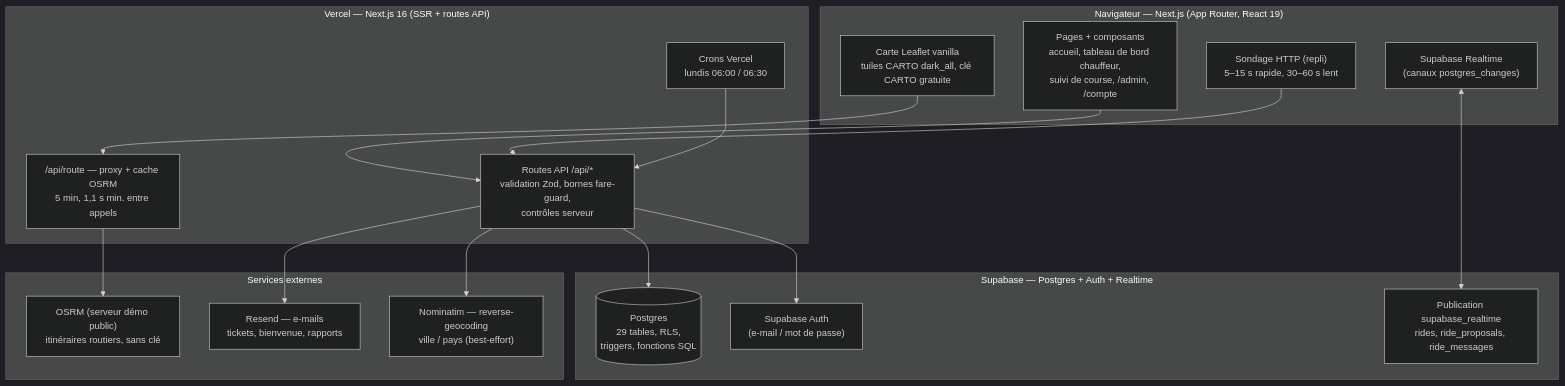
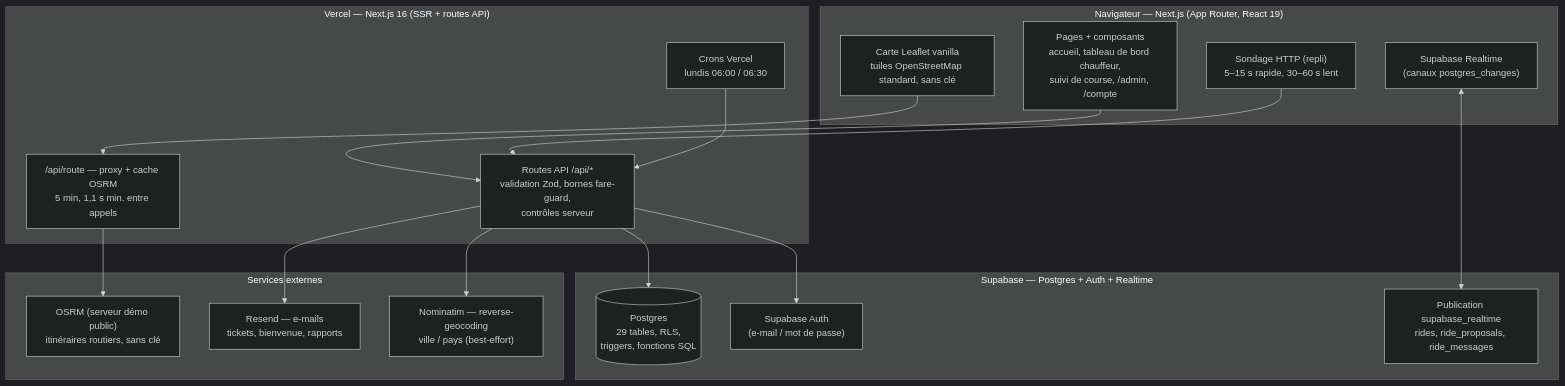
The first of 3 diagrams in docs/ARCHITECTURE.md (BVDMANN/Stacks-Drive), drawn with Mermaid (dark theme) before and after one commit. The commit also changed other lines of this file and 18 other files, not shown here.

````diff
--- a/docs/ARCHITECTURE.md
+++ b/docs/ARCHITECTURE.md
@@ -29,34 +29,34 @@
 ```mermaid
 flowchart TB
     subgraph Client["Navigateur — Next.js (App Router, React 19)"]
         UI["Pages + composants<br/>accueil, tableau de bord chauffeur,<br/>suivi de course, /admin, /compte"]
-        MAP["Carte Leaflet vanilla<br/>tuiles CARTO dark_all, clé CARTO gratuite"]
+        MAP["Carte Leaflet vanilla<br/>tuiles OpenStreetMap standard, sans clé"]
         RT["Supabase Realtime<br/>(canaux postgres_changes)"]
         POLL["Sondage HTTP (repli)<br/>5–15 s rapide, 30–60 s lent"]
     end
     subgraph Vercel["Vercel — Next.js 16 (SSR + routes API)"]
         API["Routes API /api/*<br/>validation Zod, bornes fare-guard,<br/>contrôles serveur"]
         CRON["Crons Vercel<br/>lundis 06:00 / 06:30"]
         OSRM_PROXY["/api/route — proxy + cache OSRM<br/>5 min, 1,1 s min. entre appels"]
     end
     subgraph Supabase["Supabase — Postgres + Auth + Realtime"]
         PG[("Postgres<br/>29 tables, RLS,<br/>triggers, fonctions SQL")]
         AUTH["Supabase Auth<br/>(e-mail / mot de passe)"]
         PUB["Publication supabase_realtime<br/>rides, ride_proposals, ride_messages"]
     end
     subgraph Ext["Services externes"]
         OSRM["OSRM (serveur démo public)<br/>itinéraires routiers, sans clé"]
         RESEND["Resend — e-mails<br/>tickets, bienvenue, rapports"]
         NOM["Nominatim — reverse-geocoding<br/>ville / pays (best-effort)"]
     end
     UI --> API
     MAP --> OSRM_PROXY
     RT <--> PUB
     POLL --> API
     API --> PG
     API --> AUTH
     CRON --> API
     OSRM_PROXY --> OSRM
     API --> RESEND
     API --> NOM
 ```
````
